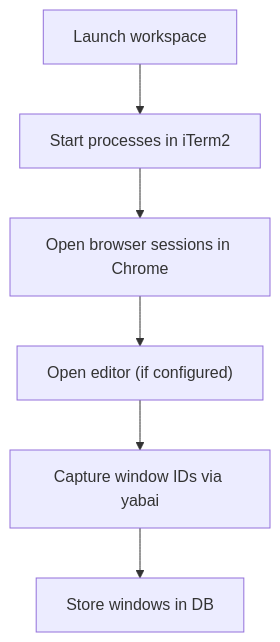
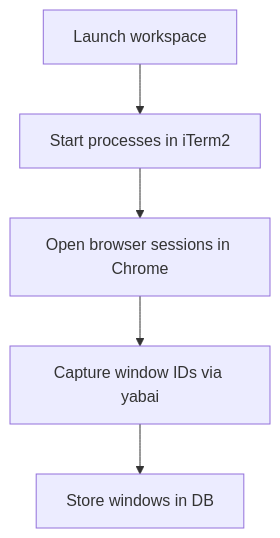
One commit to yogesh-dhande/spaces changed the fourth of 5 diagrams in apps/macos/docs/architecture.md. Above: the diagram before and after it, drawn with Mermaid. The commit also changed other lines of this file and 12 other files, not shown here.

Commit message:
Make editor launch on-demand and globalize open-editor hotkey

````diff
--- a/apps/macos/docs/architecture.md
+++ b/apps/macos/docs/architecture.md
@@ -305,8 +305,7 @@
 ```mermaid
 flowchart TD
   launch["Launch workspace"] --> processes["Start processes in iTerm2"]
   processes --> browser["Open browser sessions in Chrome"]
-  browser --> editor["Open editor (if configured)"]
-  editor --> capture["Capture window IDs via yabai"]
+  browser --> capture["Capture window IDs via yabai"]
   capture --> store["Store windows in DB"]
 ```
````
